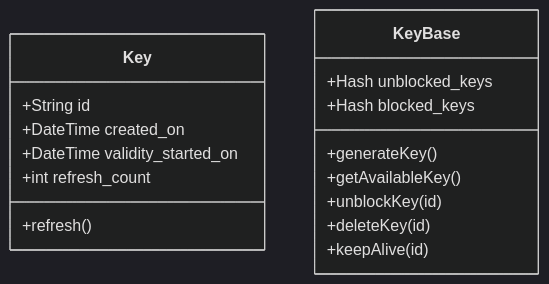
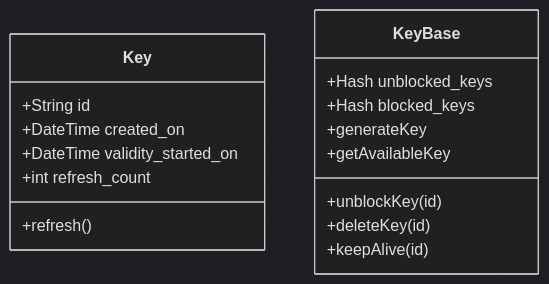
The diagram in lib/classes/README.md (tushar2289/key-server-rb), drawn with Mermaid (dark theme) before and after one commit. The commit also changed 1 other file, not shown here.

Commit message:
:pencil: Updating Readme files

````diff
--- a/lib/classes/README.md
+++ b/lib/classes/README.md
@@ -5,20 +5,20 @@
 ```mermaid
 classDiagram
 	class Key
 	Key : +String id
 	Key : +DateTime created_on
 	Key : +DateTime validity_started_on
 	Key : +int refresh_count
 
 	Key : +refresh()
 
 	class KeyBase
 	KeyBase: +Hash unblocked_keys
 	KeyBase: +Hash blocked_keys
 
-	KeyBase: +generateKey()
-	KeyBase: +getAvailableKey()
+	KeyBase: +generateKey
+	KeyBase: +getAvailableKey
 	KeyBase: +unblockKey(id)
 	KeyBase: +deleteKey(id)
 	KeyBase: +keepAlive(id)
 ```
````
